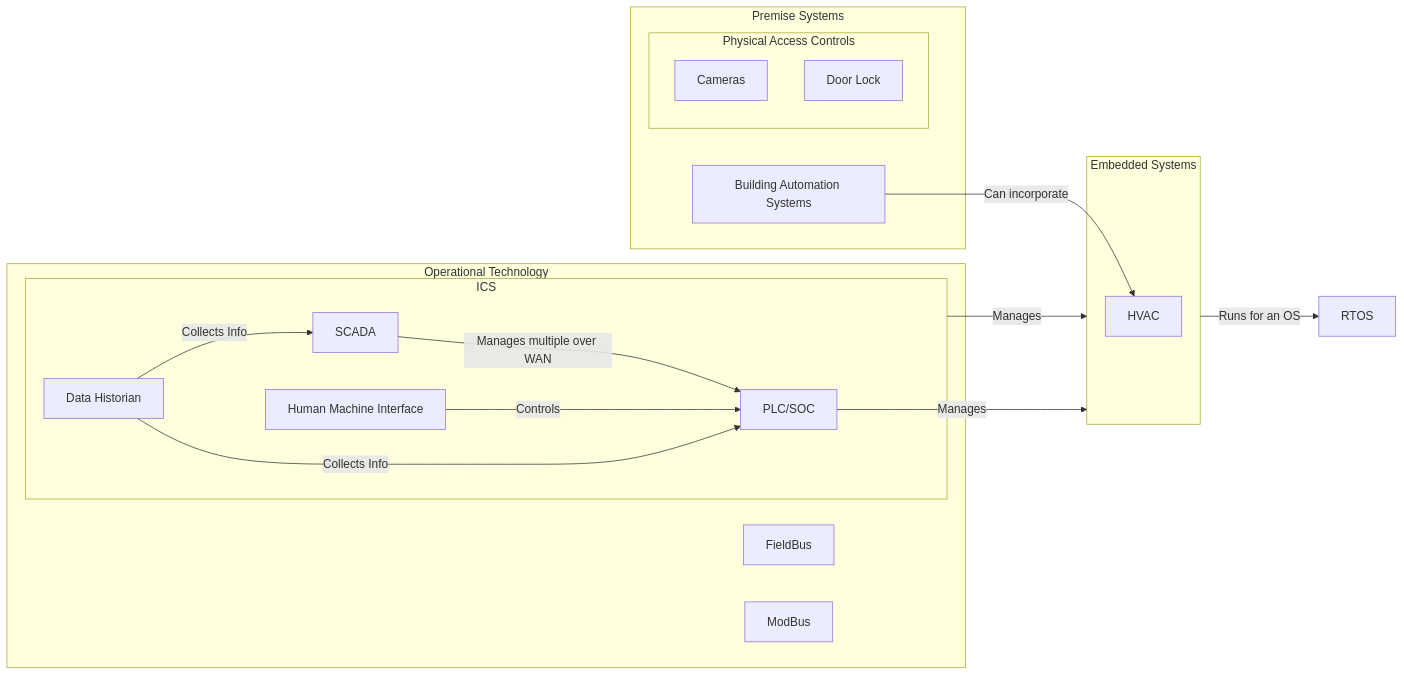
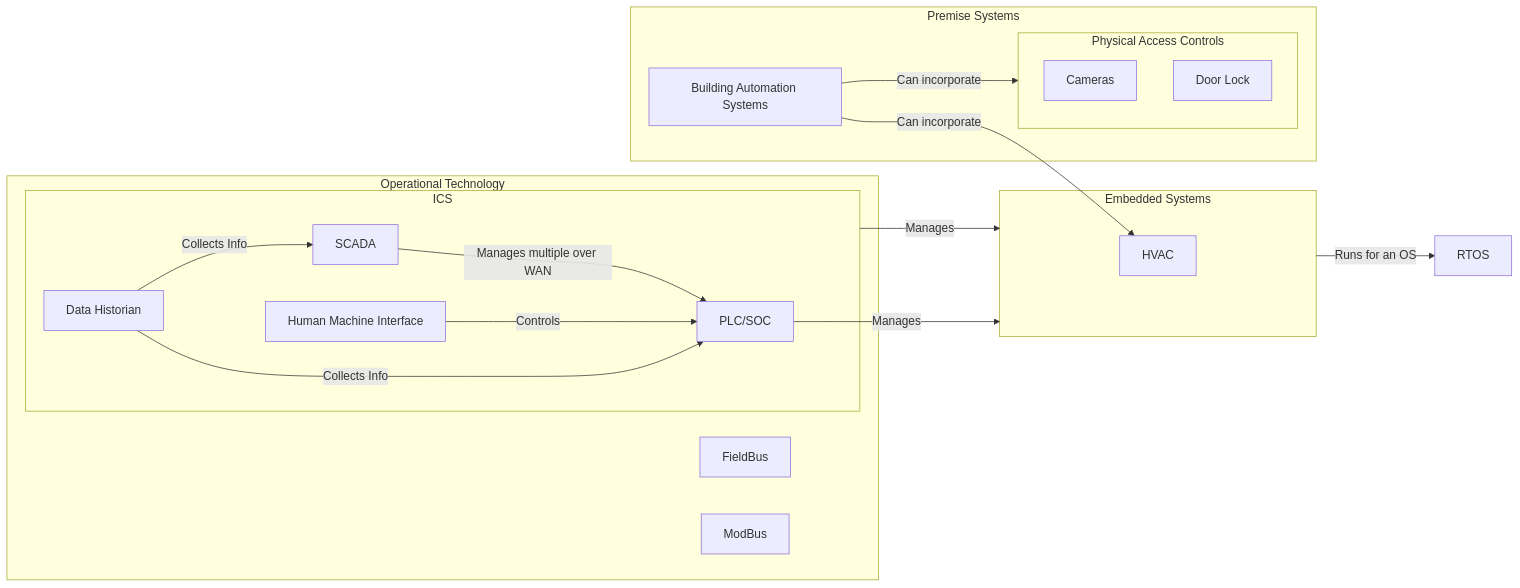
One commit to sawft99/Obsidian-SecPlus changed the first of 3 diagrams in Sec+/Resources/Misc.md. Above: the diagram before and after it, drawn with Mermaid. The commit also changed other lines of this file and 1 other file, not shown here.

````diff
--- a/Sec+/Resources/Misc.md
+++ b/Sec+/Resources/Misc.md
@@ -20,32 +20,34 @@
 ```mermaid
 flowchart LR
   
 subgraph ES[Embedded Systems]
 	HVAC
-end
-subgraph PS[Premise Systems]
-	subgraph PACS[Physical Access Controls]
-		Cameras
-		DoLok[Door Lock]
-	end
-	BAS[Building Automation Systems]
 end
 subgraph OpTec[Operational Technology]
 	FB[FieldBus]
 	MoBu[ModBus]
 	subgraph ICS
 		SCADA
 		HMI[Human Machine Interface]
 		DaHi[Data Historian]
 		PLC[PLC/SOC]
 	end
 end
+subgraph PS[Premise Systems]
+	subgraph PACS[Physical Access Controls]
+		Cameras
+		DoLok[Door Lock]
+	end
+	BAS[Building Automation Systems]
+end
+
 ICS -- Manages --> ES
 SCADA -- Manages multiple over WAN --> PLC
 BAS -- Can incorporate --> HVAC
 PLC -- Manages --> ES
 ES -- Runs for an OS --> RTOS
 HMI -- Controls --> PLC
 DaHi -- Collects Info --> SCADA
 DaHi -- Collects Info --> PLC
+BAS -- Can incorporate --> PACS
 ```
````
